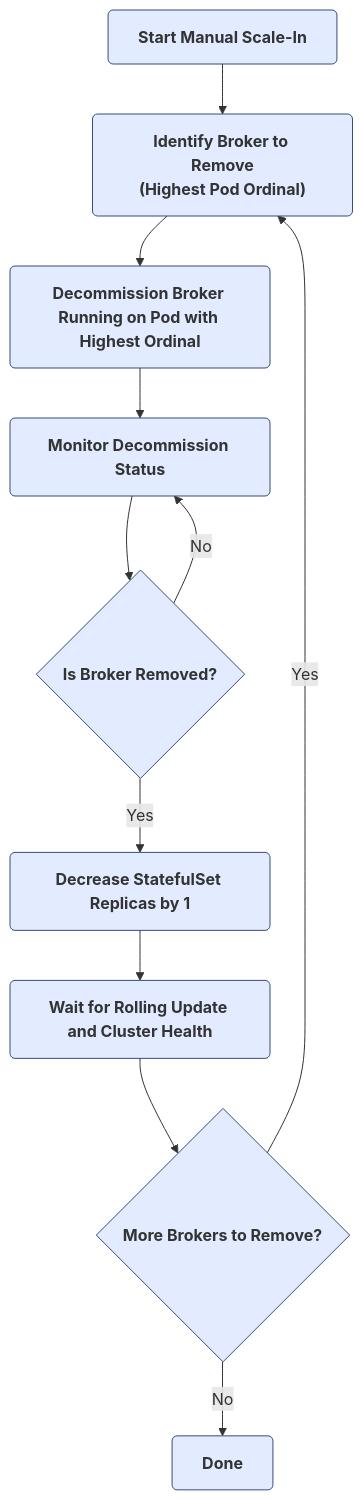
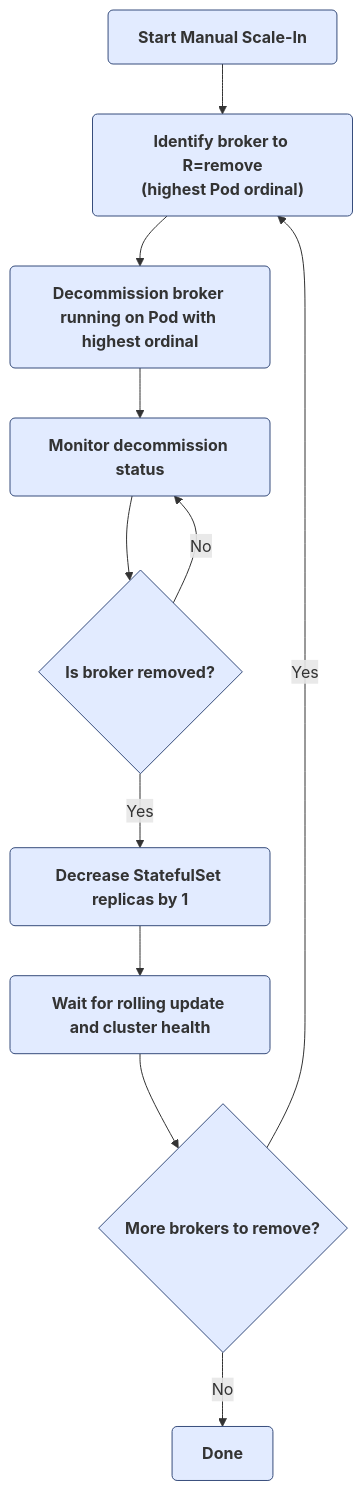
One commit to redpanda-data/docs changed the first of 2 diagrams in modules/manage/pages/kubernetes/k-decommission-brokers.adoc. Above: the diagram before and after it, drawn with Mermaid. The commit also changed other lines of this file, not shown here.

```diff
--- a/modules/manage/pages/kubernetes/k-decommission-brokers.adoc
+++ b/modules/manage/pages/kubernetes/k-decommission-brokers.adoc
@@ -235,17 +235,17 @@
 [mermaid]
 ....
 flowchart TB
     %% Define classes
     classDef userAction stroke:#374D7C, fill:#E2EBFF, font-weight:bold,rx:5,ry:5
 
-    A[Start Manual Scale-In]:::userAction --> B["Identify Broker to Remove<br/>(Highest Pod Ordinal)"]:::userAction
-    B --> C[Decommission Broker Running on Pod with Highest Ordinal]:::userAction
-    C --> D[Monitor Decommission Status]:::userAction
-    D --> E{Is Broker Removed?}:::userAction
+    A[Start Manual Scale-In]:::userAction --> B["Identify broker to R=remove<br/>(highest Pod ordinal)"]:::userAction
+    B --> C[Decommission broker running on Pod with highest ordinal]:::userAction
+    C --> D[Monitor decommission status]:::userAction
+    D --> E{Is broker removed?}:::userAction
     E -- No --> D
-    E -- Yes --> F[Decrease StatefulSet Replicas by 1]:::userAction
-    F --> G[Wait for Rolling Update and Cluster Health]:::userAction
-    G --> H{More Brokers to Remove?}:::userAction
+    E -- Yes --> F[Decrease StatefulSet replicas by 1]:::userAction
+    F --> G[Wait for rolling update and cluster health]:::userAction
+    G --> H{More brokers to remove?}:::userAction
     H -- Yes --> B
     H -- No --> I[Done]:::userAction
 ....
```
